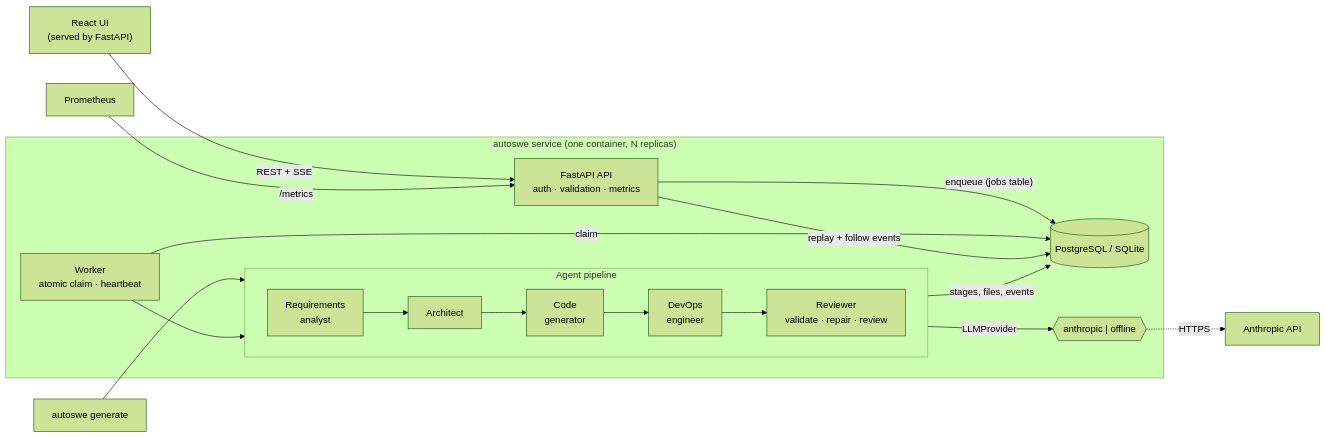
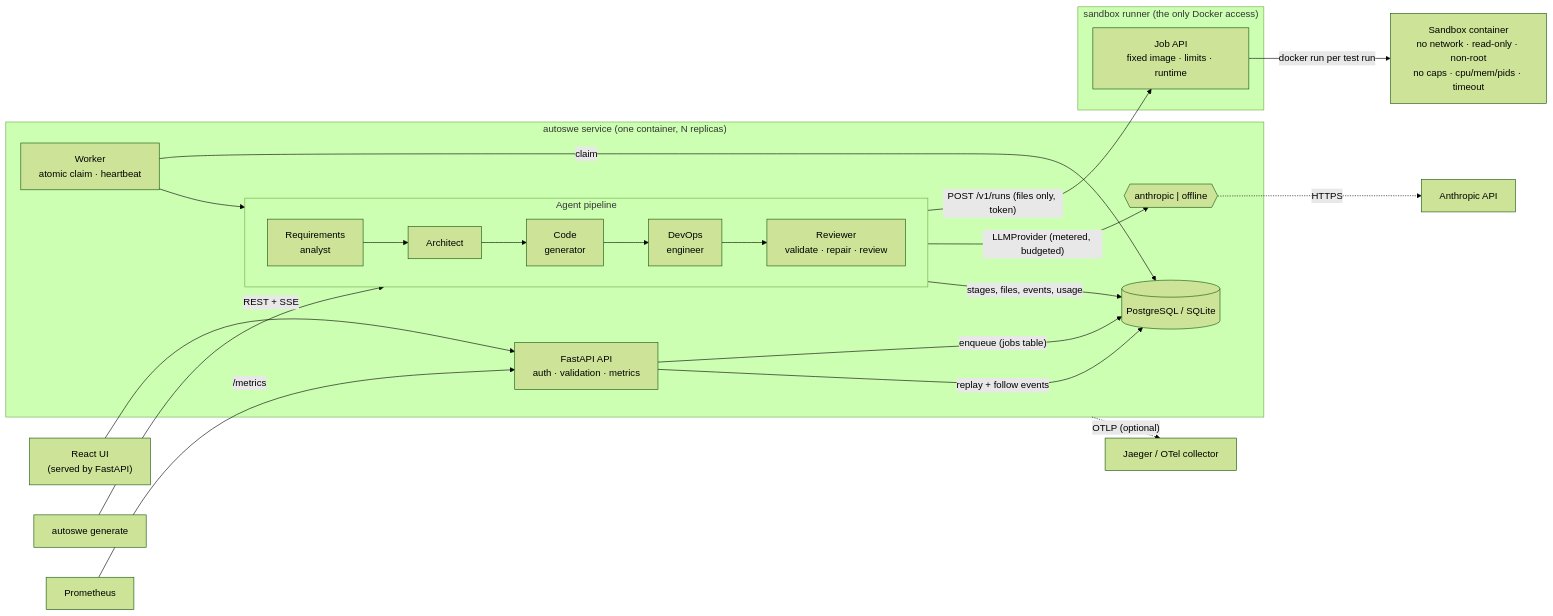
One commit to Arya-9989/Autonomous-AI-Software-Engineering-Platform changed the diagram in README.md. Above: the diagram before and after it, drawn with Mermaid (forest theme). The commit also changed other lines of this file, not shown here.

First line of the commit message:
docs: document the sandbox, evals, budgets and tracing; trim the roadmap

````diff
--- a/README.md
+++ b/README.md
@@ -137,20 +167,26 @@
 ```mermaid
 flowchart LR
     UI["React UI<br/>(served by FastAPI)"] -- "REST + SSE" --> API
     CLI["autoswe generate"] --> PIPE
     subgraph Service["autoswe service (one container, N replicas)"]
         API["FastAPI API<br/>auth · validation · metrics"] -- "enqueue (jobs table)" --> DB
         W["Worker<br/>atomic claim · heartbeat"] -- "claim" --> DB
         W --> PIPE
         subgraph PIPE["Agent pipeline"]
             direction LR
             A1["Requirements<br/>analyst"] --> A2["Architect"] --> A3["Code<br/>generator"] --> A4["DevOps<br/>engineer"] --> A5["Reviewer<br/>validate · repair · review"]
         end
-        PIPE -- "LLMProvider" --> P{{"anthropic | offline"}}
-        PIPE -- "stages, files, events" --> DB
+        PIPE -- "LLMProvider (metered, budgeted)" --> P{{"anthropic | offline"}}
+        PIPE -- "stages, files, events, usage" --> DB
         API -- "replay + follow events" --> DB
     end
+    A5 -- "POST /v1/runs (files only, token)" --> R
+    subgraph Runner["sandbox runner (the only Docker access)"]
+        R["Job API<br/>fixed image · limits · runtime"]
+    end
+    R -- "docker run per test run" --> S["Sandbox container<br/>no network · read-only · non-root<br/>no caps · cpu/mem/pids · timeout"]
     DB[("PostgreSQL / SQLite")]
     P -. "HTTPS" .-> Claude["Anthropic API"]
     Prom["Prometheus"] -- "/metrics" --> API
+    Service -. "OTLP (optional)" .-> OTel["Jaeger / OTel collector"]
 ```
````
